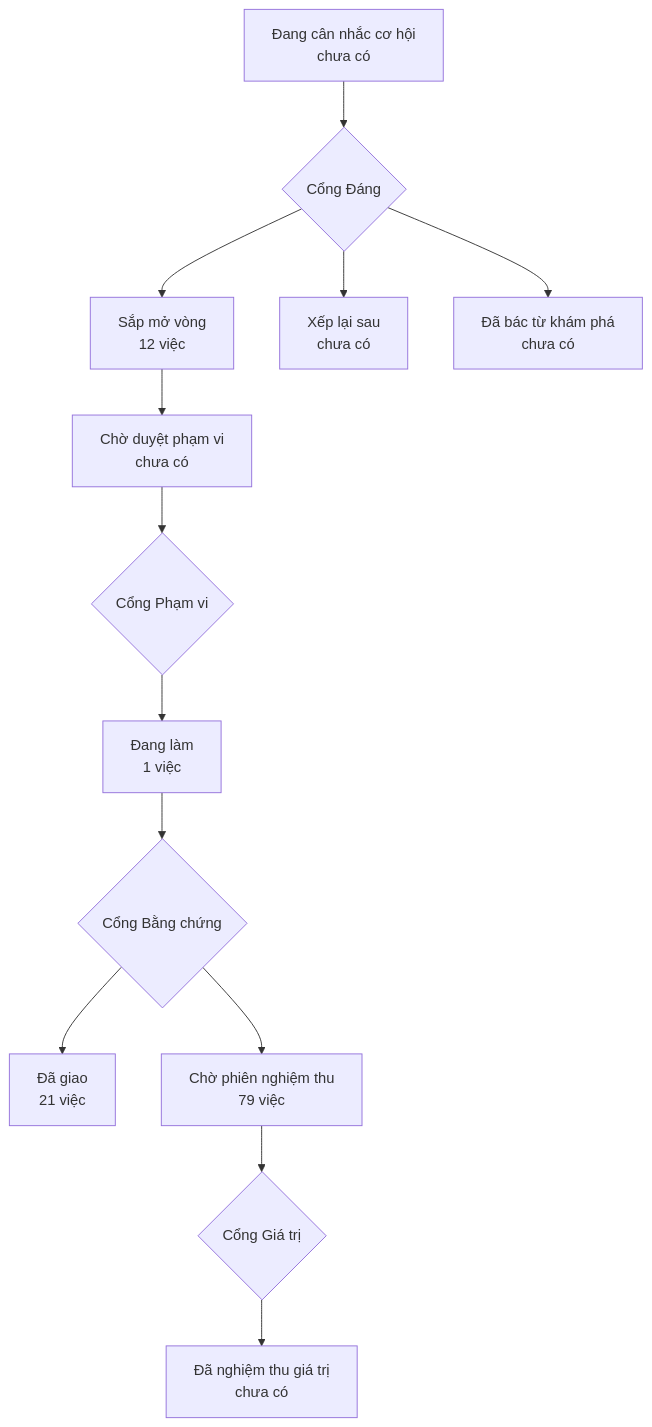
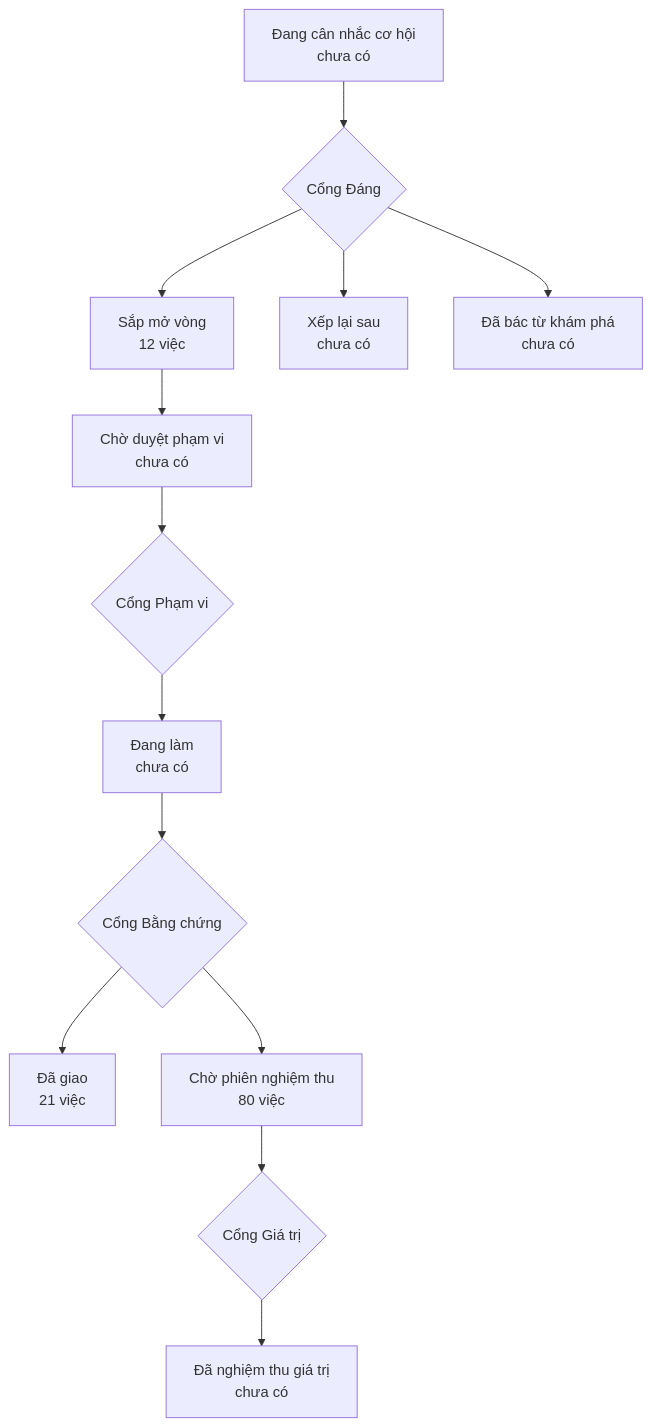
The diagram in PRODUCT-MAP.md (phanlemanh/onehub-quy-hang), drawn with Mermaid before and after one commit. The commit also changed other lines of this file and 4 other files, not shown here.

````diff
--- a/PRODUCT-MAP.md
+++ b/PRODUCT-MAP.md
@@ -7,12 +7,12 @@
 ```mermaid
 flowchart TD
   A["Đang cân nhắc cơ hội<br/>chưa có"] --> GD{"Cổng Đáng"}
   GD --> B["Sắp mở vòng<br/>12 việc"]
   GD --> XL["Xếp lại sau<br/>chưa có"]
   GD --> DB["Đã bác từ khám phá<br/>chưa có"]
   B --> CD["Chờ duyệt phạm vi<br/>chưa có"] --> GP{"Cổng Phạm vi"}
-  GP --> DL["Đang làm<br/>1 việc"] --> GB{"Cổng Bằng chứng"}
+  GP --> DL["Đang làm<br/>chưa có"] --> GB{"Cổng Bằng chứng"}
   GB --> DG["Đã giao<br/>21 việc"]
-  GB --> CN["Chờ phiên nghiệm thu<br/>79 việc"] --> GG{"Cổng Giá trị"}
+  GB --> CN["Chờ phiên nghiệm thu<br/>80 việc"] --> GG{"Cổng Giá trị"}
   GG --> NT["Đã nghiệm thu giá trị<br/>chưa có"]
 ```
````
